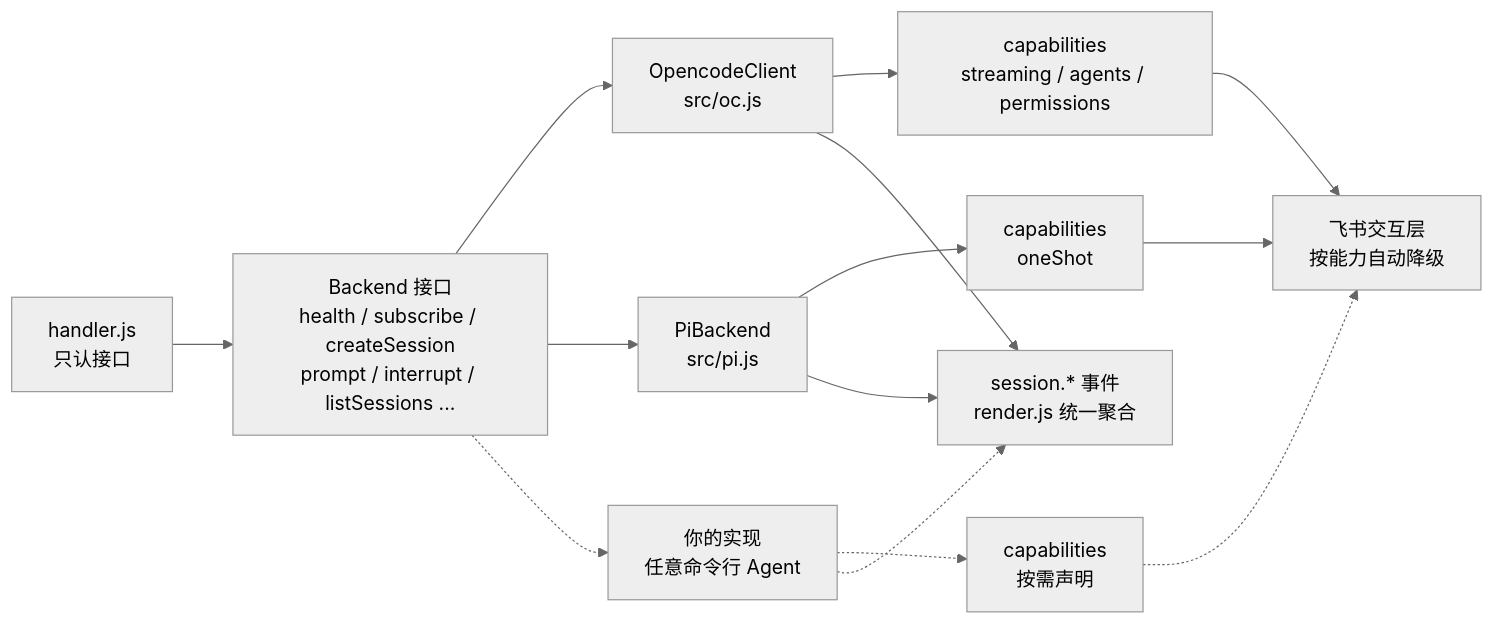
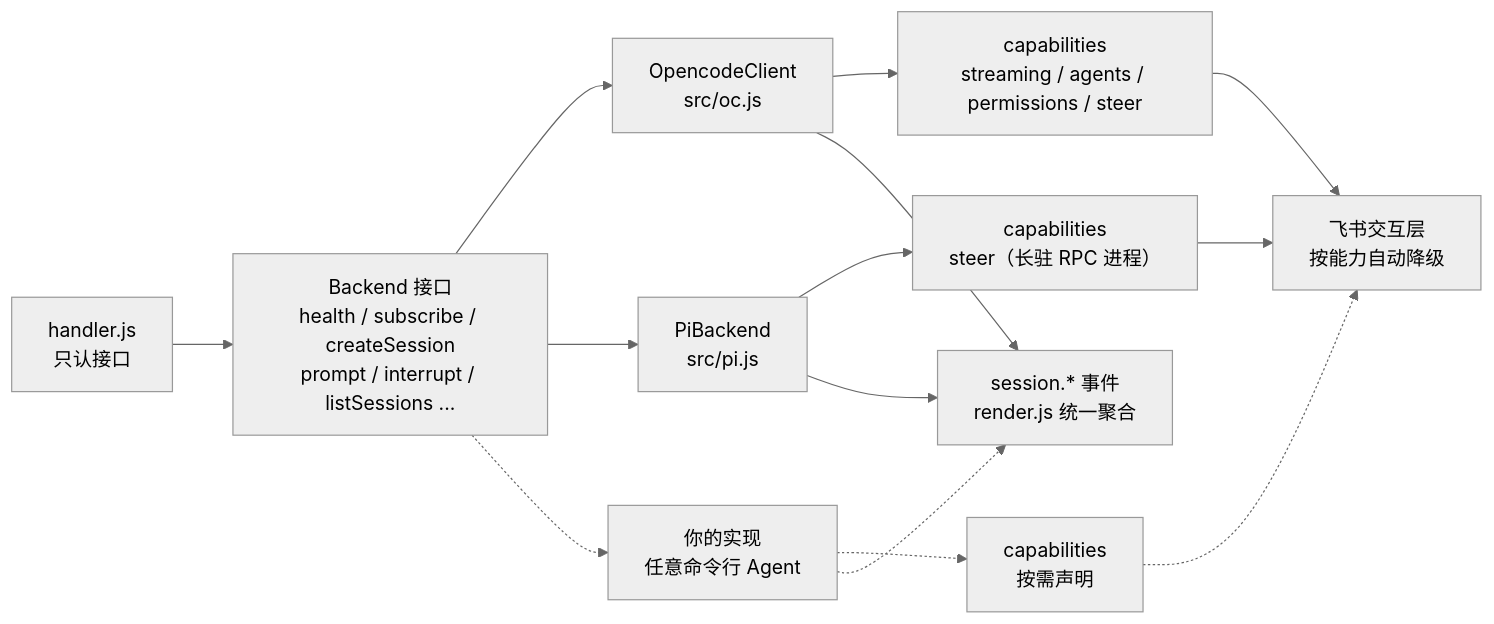
The third of 4 diagrams in README.md (QIU-77777/CodeBridge), drawn with Mermaid (neutral theme) before and after one commit. The commit also changed other lines of this file and 7 other files, not shown here.

````diff
--- a/README.md
+++ b/README.md
@@ -157,16 +157,16 @@
 ```mermaid
 flowchart LR
   H["handler.js<br/>只认接口"] --> I["Backend 接口<br/>health / subscribe / createSession<br/>prompt / interrupt / listSessions ..."]
   I --> O["OpencodeClient<br/>src/oc.js"]
   I --> P["PiBackend<br/>src/pi.js"]
   I -.-> N["你的实现<br/>任意命令行 Agent"]
-  O --> C1["capabilities<br/>streaming / agents / permissions"]
-  P --> C2["capabilities<br/>oneShot"]
+  O --> C1["capabilities<br/>streaming / agents / permissions / steer"]
+  P --> C2["capabilities<br/>steer（长驻 RPC 进程）"]
   N -.-> C3["capabilities<br/>按需声明"]
   C1 --> FE["飞书交互层<br/>按能力自动降级"]
   C2 --> FE
   C3 -.-> FE
   O --> EV["session.* 事件<br/>render.js 统一聚合"]
   P --> EV
   N -.-> EV
 ```
````
